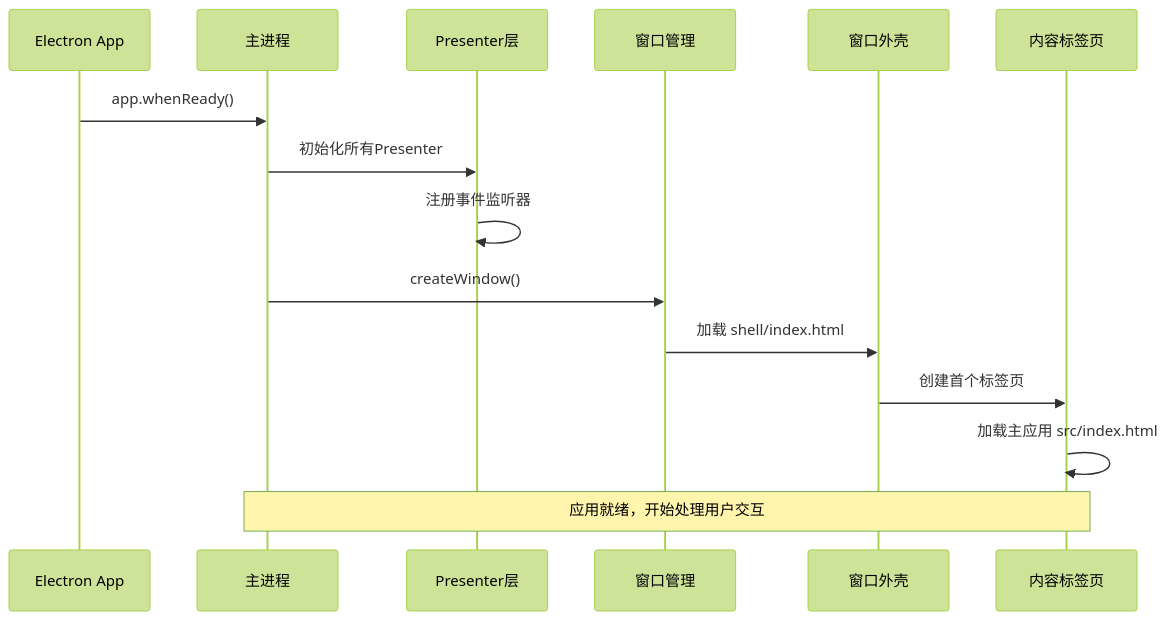
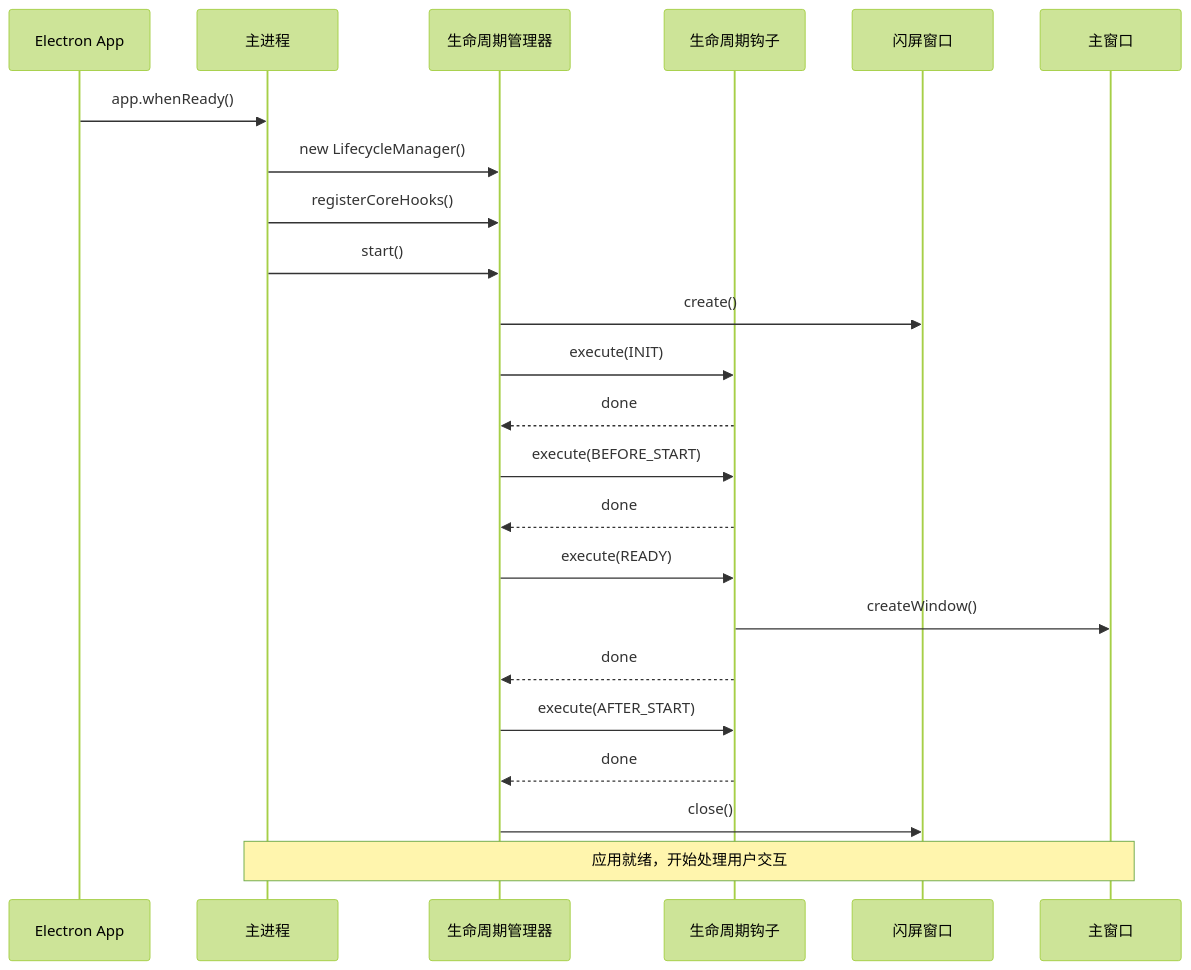
One commit to wangle201210/deepchat changed the second of 4 diagrams in docs/deepchat-architecture-overview.md. Above: the diagram before and after it, drawn with Mermaid (forest theme). The commit also changed 68 other files, not shown here.

````diff
--- a/docs/deepchat-architecture-overview.md
+++ b/docs/deepchat-architecture-overview.md
@@ -141,19 +141,26 @@
 ```mermaid
 sequenceDiagram
     participant App as Electron App
     participant Main as 主进程
-    participant Presenters as Presenter层
-    participant Window as 窗口管理
-    participant Shell as 窗口外壳
-    participant Content as 内容标签页
+    participant LifecycleManager as 生命周期管理器
+    participant Hooks as 生命周期钩子
+    participant SplashWindow as 闪屏窗口
+    participant MainWindow as 主窗口
 
     App->>Main: app.whenReady()
-    Main->>Presenters: 初始化所有Presenter
-    Presenters->>Presenters: 注册事件监听器
-    Main->>Window: createWindow()
-    Window->>Shell: 加载 shell/index.html
-    Shell->>Content: 创建首个标签页
-    Content->>Content: 加载主应用 src/index.html
-
-    Note over Main,Content: 应用就绪，开始处理用户交互
+    Main->>LifecycleManager: new LifecycleManager()
+    Main->>LifecycleManager: registerCoreHooks()
+    Main->>LifecycleManager: start()
+    LifecycleManager->>SplashWindow: create()
+    LifecycleManager->>Hooks: execute(INIT)
+    Hooks-->>LifecycleManager: done
+    LifecycleManager->>Hooks: execute(BEFORE_START)
+    Hooks-->>LifecycleManager: done
+    LifecycleManager->>Hooks: execute(READY)
+    Hooks->>MainWindow: createWindow()
+    Hooks-->>LifecycleManager: done
+    LifecycleManager->>Hooks: execute(AFTER_START)
+    Hooks-->>LifecycleManager: done
+    LifecycleManager->>SplashWindow: close()
+    Note over Main,MainWindow: 应用就绪，开始处理用户交互
 ```
````
